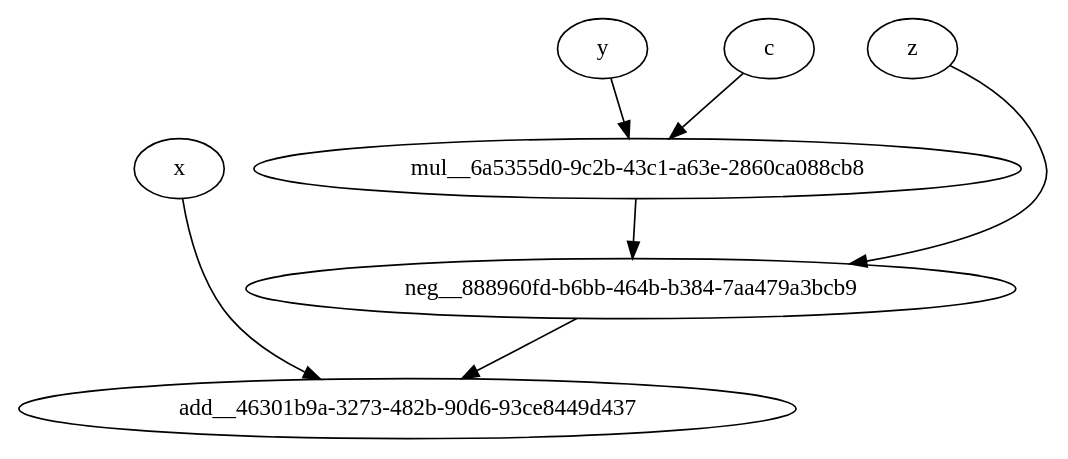
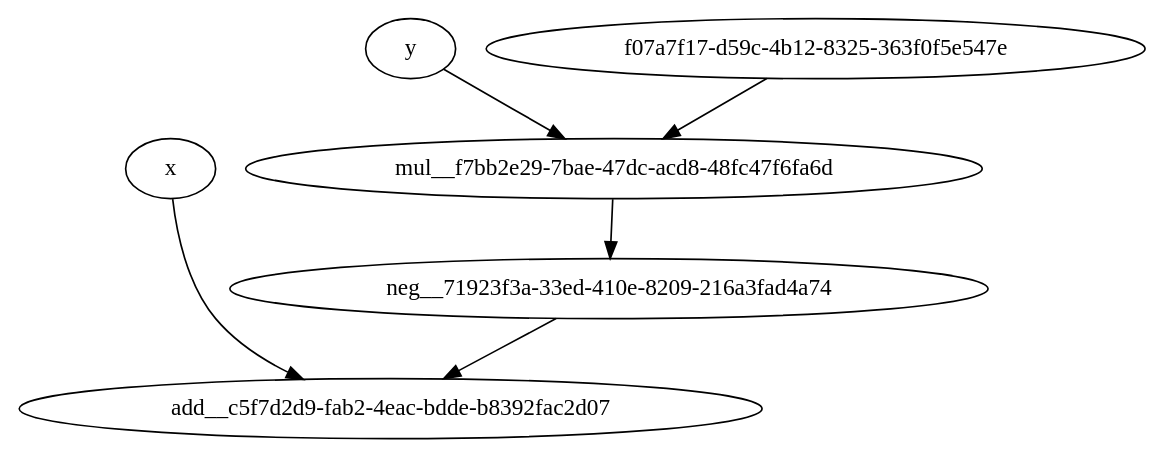
One commit to blokhinnv/algo changed the diagram in graph_examples/graph2.gv. Above: the diagram before and after it, drawn with Graphviz. The commit also changed 5 other files, not shown here.

Commit message:
graph update

```diff
--- a/graph_examples/graph2.gv
+++ b/graph_examples/graph2.gv
@@ -1,29 +1,25 @@
 strict digraph {
 
-	"neg__888960fd-b6bb-464b-b384-7aa479a3bcb9" [  weight=0 ];
+	"add__c5f7d2d9-fab2-4eac-bdde-b8392fac2d07" [  weight=0 ];
 
-	"neg__888960fd-b6bb-464b-b384-7aa479a3bcb9" -> "add__46301b9a-3273-482b-90d6-93ce8449d437" [  weight=0 ];
+	"x" [  weight=0 ];
 
-	"mul__6a5355d0-9c2b-43c1-a63e-2860ca088cb8" [  weight=0 ];
+	"x" -> "add__c5f7d2d9-fab2-4eac-bdde-b8392fac2d07" [  weight=0 ];
 
-	"mul__6a5355d0-9c2b-43c1-a63e-2860ca088cb8" -> "neg__888960fd-b6bb-464b-b384-7aa479a3bcb9" [  weight=0 ];
+	"neg__71923f3a-33ed-410e-8209-216a3fad4a74" [  weight=0 ];
 
-	"z" [  weight=0 ];
+	"neg__71923f3a-33ed-410e-8209-216a3fad4a74" -> "add__c5f7d2d9-fab2-4eac-bdde-b8392fac2d07" [  weight=0 ];
 
-	"z" -> "neg__888960fd-b6bb-464b-b384-7aa479a3bcb9" [  weight=0 ];
+	"mul__f7bb2e29-7bae-47dc-acd8-48fc47f6fa6d" [  weight=0 ];
+
+	"mul__f7bb2e29-7bae-47dc-acd8-48fc47f6fa6d" -> "neg__71923f3a-33ed-410e-8209-216a3fad4a74" [  weight=0 ];
 
 	"y" [  weight=0 ];
 
-	"y" -> "mul__6a5355d0-9c2b-43c1-a63e-2860ca088cb8" [  weight=0 ];
+	"y" -> "mul__f7bb2e29-7bae-47dc-acd8-48fc47f6fa6d" [  weight=0 ];
 
-	"c" [  weight=0 ];
+	"f07a7f17-d59c-4b12-8325-363f0f5e547e" [  weight=0 ];
 
-	"c" -> "mul__6a5355d0-9c2b-43c1-a63e-2860ca088cb8" [  weight=0 ];
-
-	"add__46301b9a-3273-482b-90d6-93ce8449d437" [  weight=0 ];
-
-	"x" [  weight=0 ];
-
-	"x" -> "add__46301b9a-3273-482b-90d6-93ce8449d437" [  weight=0 ];
+	"f07a7f17-d59c-4b12-8325-363f0f5e547e" -> "mul__f7bb2e29-7bae-47dc-acd8-48fc47f6fa6d" [  weight=0 ];
 
 }
```
